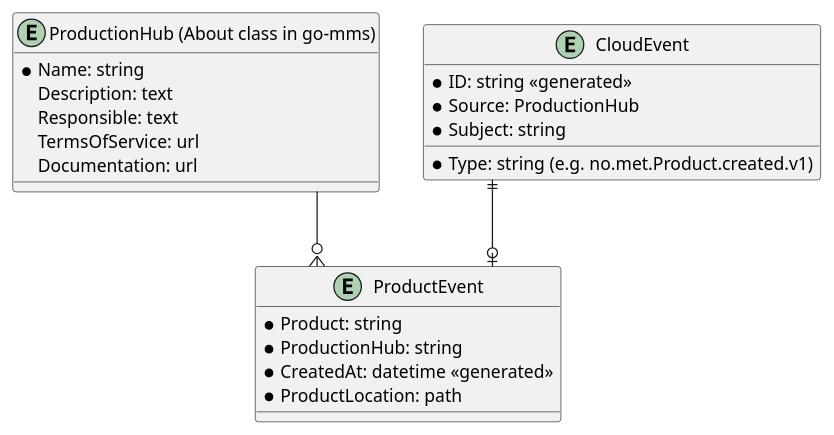
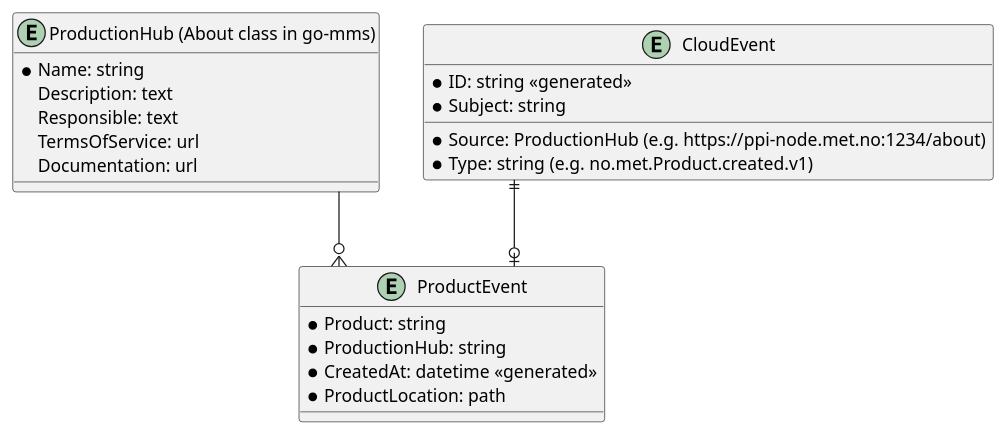
Before and after one commit to metno/MMS: the diagram in architecture/entity_relationship_diagram.puml, drawn with PlantUML.

Commit message:
Specify source (ProductionHub)

```diff
--- a/architecture/entity_relationship_diagram.puml
+++ b/architecture/entity_relationship_diagram.puml
@@ -1,32 +1,32 @@
 @startuml entity_relationship_diagram
 
 ' avoid problems with angled crows feet
 ' ref. https://plantuml.com/ie-diagram
 skinparam linetype ortho
 
 entity "ProductionHub (About class in go-mms)" as ProductionHub {
 * Name: string
 Description: text
 Responsible: text
 TermsOfService: url
 Documentation: url
 }
 
 entity CloudEvent {
 * ID: string <<generated>>
-* Source: ProductionHub
+* Source: ProductionHub (e.g. https://ppi-node.met.no:1234/about)
 * Type: string (e.g. no.met.Product.created.v1)
 * Subject: string 
 }
 
 entity ProductEvent {
 * Product: string
 * ProductionHub: string
 * CreatedAt: datetime <<generated>>
 * ProductLocation: path 
 }
 
 ProductionHub --o{ ProductEvent
 CloudEvent ||--o| ProductEvent
 
 @enduml
```
